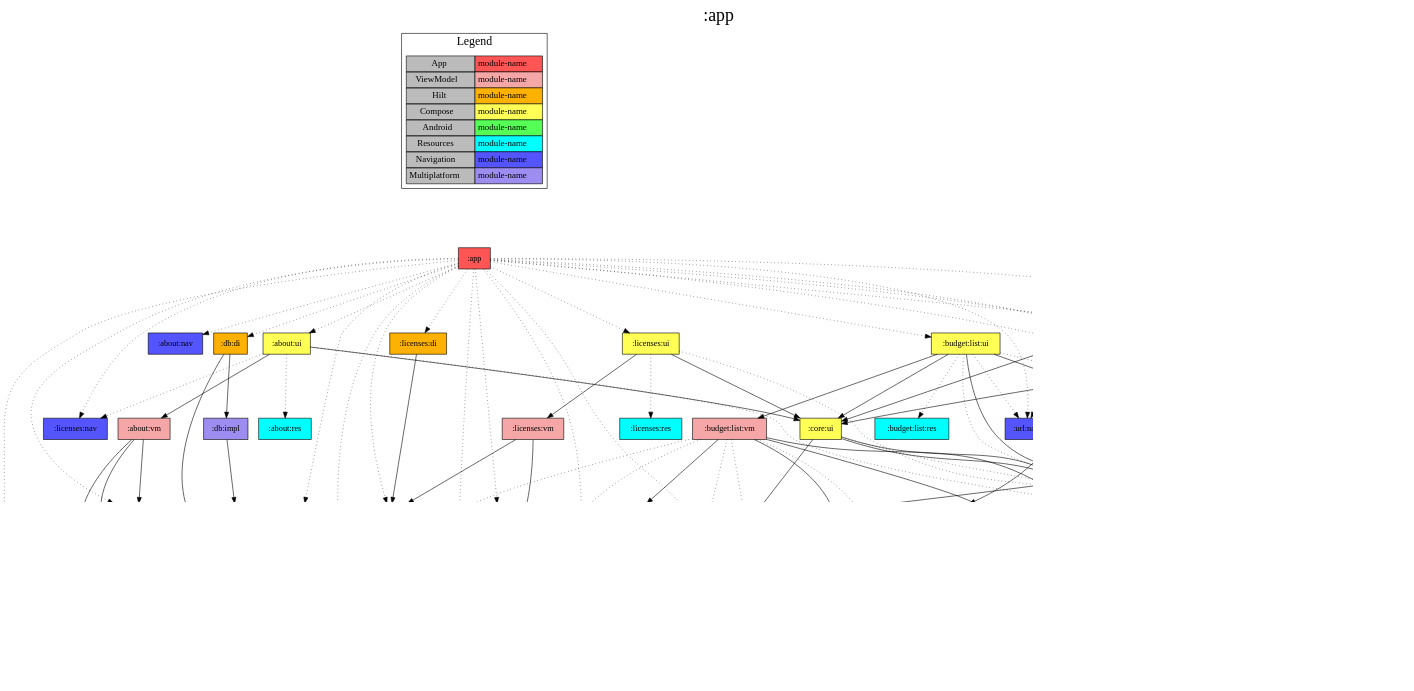
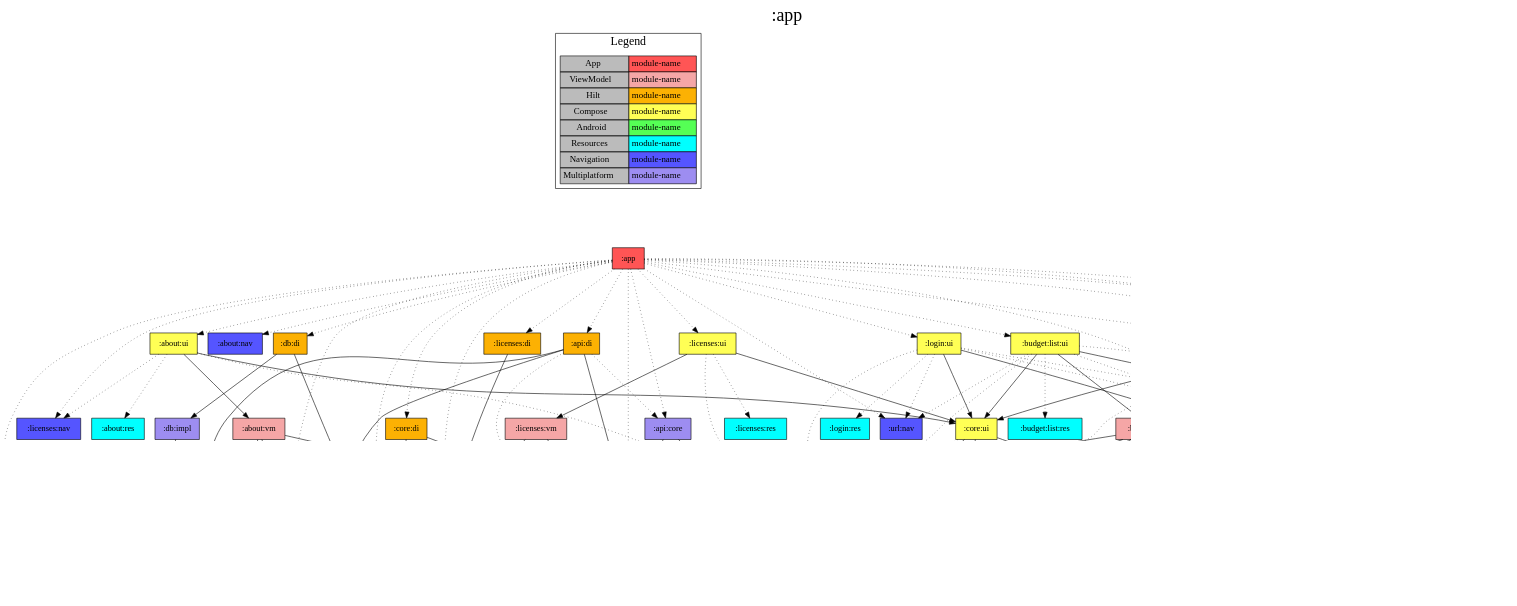
Before and after one commit to jonapoul/aktual: the diagram in app/project-dependency-graph.dot, drawn with Graphviz. The commit also changed 16 other files, not shown here.

```diff
--- a/app/project-dependency-graph.dot
+++ b/app/project-dependency-graph.dot
@@ -1,187 +1,179 @@
 digraph {
 edge ["dir"="forward"]
 graph ["dpi"="100","label"=":app","labelloc"="t","fontsize"="30","ranksep"="1.5","rankdir"="TB"]
 node ["style"="filled"]
 ":app" ["shape"="box","fillcolor"="#FF5555"]
 ":about:data" ["fillcolor"="#9D8DF1","shape"="box"]
 ":api:github" ["fillcolor"="#9D8DF1","shape"="box"]
 ":core:buildconfig" ["fillcolor"="#9D8DF1","shape"="box"]
 ":core:coroutines" ["fillcolor"="#9D8DF1","shape"="box"]
 ":about:nav" ["fillcolor"="#5555FF","shape"="box"]
 ":about:ui" ["fillcolor"="#FFFF55","shape"="box"]
 ":about:vm" ["fillcolor"="#F5A6A6","shape"="box"]
 ":core:log" ["fillcolor"="#9D8DF1","shape"="box"]
 ":core:ui" ["fillcolor"="#FFFF55","shape"="box"]
 ":core:colorscheme" ["fillcolor"="#9D8DF1","shape"="box"]
 ":core:versions" ["fillcolor"="#9D8DF1","shape"="box"]
 ":url:model" ["fillcolor"="#9D8DF1","shape"="box"]
 ":core:res" ["fillcolor"="#00FFFF","shape"="box"]
 ":about:res" ["fillcolor"="#00FFFF","shape"="box"]
 ":licenses:nav" ["fillcolor"="#5555FF","shape"="box"]
 ":api:core" ["fillcolor"="#9D8DF1","shape"="box"]
 ":api:di" ["fillcolor"="#FCB103","shape"="box"]
 ":budget:list:nav" ["fillcolor"="#5555FF","shape"="box"]
 ":login:model" ["fillcolor"="#9D8DF1","shape"="box"]
 ":budget:list:ui" ["fillcolor"="#FFFF55","shape"="box"]
 ":budget:list:vm" ["fillcolor"="#F5A6A6","shape"="box"]
-":core:connection" ["fillcolor"="#9D8DF1","shape"="box"]
 ":api:actual" ["fillcolor"="#9D8DF1","shape"="box"]
 ":url:prefs" ["fillcolor"="#9D8DF1","shape"="box"]
 ":budget:list:res" ["fillcolor"="#00FFFF","shape"="box"]
 ":login:nav" ["fillcolor"="#5555FF","shape"="box"]
 ":url:nav" ["fillcolor"="#5555FF","shape"="box"]
 ":core:di" ["fillcolor"="#FCB103","shape"="box"]
 ":db:di" ["fillcolor"="#FCB103","shape"="box"]
 ":db:impl" ["fillcolor"="#9D8DF1","shape"="box"]
 ":budget:model" ["fillcolor"="#9D8DF1","shape"="box"]
 ":licenses:data" ["fillcolor"="#9D8DF1","shape"="box"]
 ":licenses:di" ["fillcolor"="#FCB103","shape"="box"]
 ":licenses:ui" ["fillcolor"="#FFFF55","shape"="box"]
 ":licenses:vm" ["fillcolor"="#F5A6A6","shape"="box"]
 ":licenses:res" ["fillcolor"="#00FFFF","shape"="box"]
+":login:prefs" ["fillcolor"="#9D8DF1","shape"="box"]
 ":login:ui" ["fillcolor"="#FFFF55","shape"="box"]
 ":login:vm" ["fillcolor"="#F5A6A6","shape"="box"]
-":login:prefs" ["fillcolor"="#9D8DF1","shape"="box"]
 ":login:res" ["fillcolor"="#00FFFF","shape"="box"]
 ":url:ui" ["fillcolor"="#FFFF55","shape"="box"]
 ":url:vm" ["fillcolor"="#F5A6A6","shape"="box"]
 ":url:res" ["fillcolor"="#00FFFF","shape"="box"]
 {
 edge ["dir"="none"]
 graph ["rank"="same"]
 ":app"
 }
 ":app" -> ":about:data" ["style"="dotted"]
 ":app" -> ":about:nav" ["style"="dotted"]
 ":app" -> ":about:ui" ["style"="dotted"]
 ":app" -> ":api:core" ["style"="dotted"]
 ":app" -> ":api:di" ["style"="dotted"]
 ":app" -> ":budget:list:nav" ["style"="dotted"]
 ":app" -> ":budget:list:ui" ["style"="dotted"]
 ":app" -> ":core:buildconfig" ["style"="dotted"]
 ":app" -> ":core:colorscheme" ["style"="dotted"]
 ":app" -> ":core:coroutines" ["style"="dotted"]
 ":app" -> ":core:di" ["style"="dotted"]
 ":app" -> ":core:log" ["style"="dotted"]
 ":app" -> ":db:di" ["style"="dotted"]
 ":app" -> ":licenses:data" ["style"="dotted"]
 ":app" -> ":licenses:di" ["style"="dotted"]
 ":app" -> ":licenses:nav" ["style"="dotted"]
 ":app" -> ":licenses:ui" ["style"="dotted"]
 ":app" -> ":login:nav" ["style"="dotted"]
+":app" -> ":login:prefs" ["style"="dotted"]
 ":app" -> ":login:ui" ["style"="dotted"]
 ":app" -> ":url:nav" ["style"="dotted"]
 ":app" -> ":url:prefs" ["style"="dotted"]
 ":app" -> ":url:ui" ["style"="dotted"]
 ":about:data" -> ":api:github"
 ":about:data" -> ":core:buildconfig"
 ":about:data" -> ":core:coroutines"
 ":about:ui" -> ":about:vm"
 ":about:ui" -> ":core:ui"
 ":about:ui" -> ":about:res" ["style"="dotted"]
 ":about:ui" -> ":core:res" ["style"="dotted"]
 ":about:ui" -> ":licenses:nav" ["style"="dotted"]
 ":about:vm" -> ":about:data"
 ":about:vm" -> ":core:buildconfig"
 ":about:vm" -> ":core:log"
 ":core:ui" -> ":core:colorscheme"
 ":core:ui" -> ":core:versions"
 ":core:ui" -> ":url:model"
 ":core:ui" -> ":core:res" ["style"="dotted"]
 ":core:versions" -> ":core:buildconfig"
 ":api:core" -> ":core:log"
 ":api:core" -> ":url:model"
 ":api:di" -> ":api:github"
 ":api:di" -> ":core:buildconfig"
 ":api:di" -> ":core:log"
 ":api:di" -> ":api:core" ["style"="dotted"]
 ":api:di" -> ":url:model" ["style"="dotted"]
 ":budget:list:nav" -> ":login:model"
 ":budget:list:ui" -> ":budget:list:nav"
 ":budget:list:ui" -> ":budget:list:vm"
 ":budget:list:ui" -> ":core:ui"
-":budget:list:ui" -> ":login:model"
 ":budget:list:ui" -> ":budget:list:res" ["style"="dotted"]
 ":budget:list:ui" -> ":core:res" ["style"="dotted"]
+":budget:list:ui" -> ":login:model" ["style"="dotted"]
 ":budget:list:ui" -> ":login:nav" ["style"="dotted"]
 ":budget:list:ui" -> ":url:nav" ["style"="dotted"]
 ":budget:list:vm" -> ":core:colorscheme"
-":budget:list:vm" -> ":core:connection"
-":budget:list:vm" -> ":login:model"
+":budget:list:vm" -> ":core:coroutines"
+":budget:list:vm" -> ":core:log"
 ":budget:list:vm" -> ":url:model"
 ":budget:list:vm" -> ":api:actual" ["style"="dotted"]
-":budget:list:vm" -> ":core:coroutines" ["style"="dotted"]
-":budget:list:vm" -> ":core:log" ["style"="dotted"]
 ":budget:list:vm" -> ":core:versions" ["style"="dotted"]
+":budget:list:vm" -> ":login:model" ["style"="dotted"]
 ":budget:list:vm" -> ":url:prefs" ["style"="dotted"]
-":core:connection" -> ":core:buildconfig"
-":core:connection" -> ":api:actual" ["style"="dotted"]
-":core:connection" -> ":api:core" ["style"="dotted"]
-":core:connection" -> ":core:coroutines" ["style"="dotted"]
-":core:connection" -> ":core:log" ["style"="dotted"]
-":core:connection" -> ":core:versions" ["style"="dotted"]
-":core:connection" -> ":url:model" ["style"="dotted"]
-":core:connection" -> ":url:prefs" ["style"="dotted"]
 ":api:actual" -> ":login:model"
 ":api:actual" -> ":url:model"
 ":url:prefs" -> ":url:model"
 ":core:di" -> ":core:coroutines"
 ":core:di" -> ":core:log"
 ":db:di" -> ":core:coroutines"
 ":db:di" -> ":db:impl"
 ":db:impl" -> ":budget:model"
 ":licenses:data" -> ":core:coroutines" ["style"="dotted"]
 ":licenses:di" -> ":licenses:data"
 ":licenses:ui" -> ":core:ui"
 ":licenses:ui" -> ":licenses:vm"
 ":licenses:ui" -> ":core:res" ["style"="dotted"]
 ":licenses:ui" -> ":licenses:res" ["style"="dotted"]
 ":licenses:vm" -> ":core:log"
 ":licenses:vm" -> ":licenses:data"
+":login:prefs" -> ":login:model"
 ":login:ui" -> ":core:ui"
 ":login:ui" -> ":login:vm"
 ":login:ui" -> ":budget:list:nav" ["style"="dotted"]
 ":login:ui" -> ":core:res" ["style"="dotted"]
 ":login:ui" -> ":login:nav" ["style"="dotted"]
 ":login:ui" -> ":login:res" ["style"="dotted"]
 ":login:ui" -> ":url:nav" ["style"="dotted"]
 ":login:vm" -> ":core:colorscheme"
 ":login:vm" -> ":core:coroutines"
 ":login:vm" -> ":core:log"
 ":login:vm" -> ":login:model"
 ":login:vm" -> ":url:model"
 ":login:vm" -> ":api:actual" ["style"="dotted"]
 ":login:vm" -> ":core:versions" ["style"="dotted"]
 ":login:vm" -> ":login:prefs" ["style"="dotted"]
 ":login:vm" -> ":url:prefs" ["style"="dotted"]
-":login:prefs" -> ":login:model"
 ":url:ui" -> ":core:colorscheme"
 ":url:ui" -> ":core:ui"
 ":url:ui" -> ":url:vm"
 ":url:ui" -> ":core:res" ["style"="dotted"]
 ":url:ui" -> ":login:nav" ["style"="dotted"]
 ":url:ui" -> ":url:res" ["style"="dotted"]
 ":url:vm" -> ":core:colorscheme"
 ":url:vm" -> ":core:coroutines"
 ":url:vm" -> ":core:log"
 ":url:vm" -> ":url:model"
 ":url:vm" -> ":api:actual" ["style"="dotted"]
 ":url:vm" -> ":core:versions" ["style"="dotted"]
+":url:vm" -> ":login:prefs" ["style"="dotted"]
 ":url:vm" -> ":url:prefs" ["style"="dotted"]
 subgraph "cluster_legend" {
 edge ["dir"="none"]
 graph ["label"="Legend","fontsize"="20"]
 "Legend" ["style"="filled","fillcolor"="#bbbbbb","shape"="none","margin"="0","fontsize"="15","label"=<
 <TABLE BORDER="0" CELLBORDER="1" CELLSPACING="0" CELLPADDING="4">
 <TR><TD>App</TD><TD BGCOLOR="#FF5555">module-name</TD></TR>
 <TR><TD>ViewModel</TD><TD BGCOLOR="#F5A6A6">module-name</TD></TR>
 <TR><TD>Hilt</TD><TD BGCOLOR="#FCB103">module-name</TD></TR>
 <TR><TD>Compose</TD><TD BGCOLOR="#FFFF55">module-name</TD></TR>
 <TR><TD>Android</TD><TD BGCOLOR="#55FF55">module-name</TD></TR>
 <TR><TD>Resources</TD><TD BGCOLOR="#00FFFF">module-name</TD></TR>
 <TR><TD>Navigation</TD><TD BGCOLOR="#5555FF">module-name</TD></TR>
 <TR><TD>Multiplatform</TD><TD BGCOLOR="#9D8DF1">module-name</TD></TR>
 </TABLE>
 >]
 } -> ":app" ["style"="invis"]
 }
```
